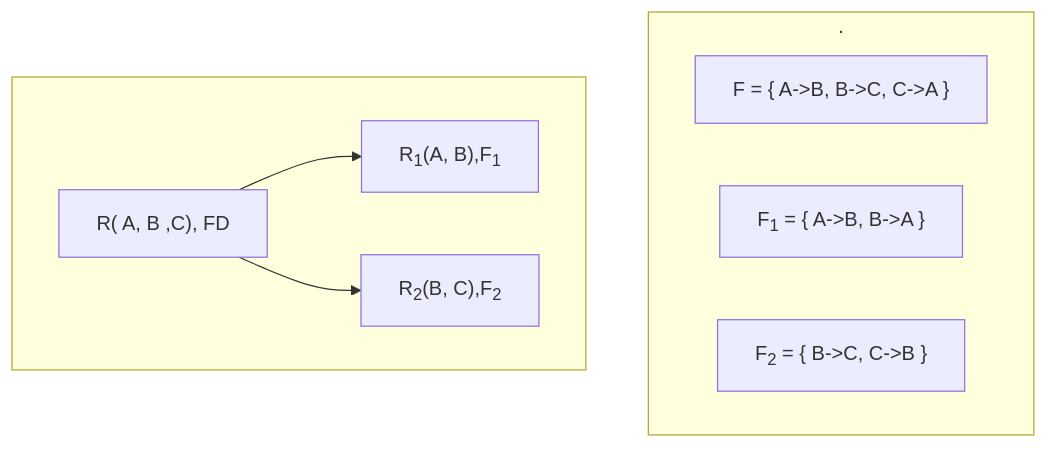
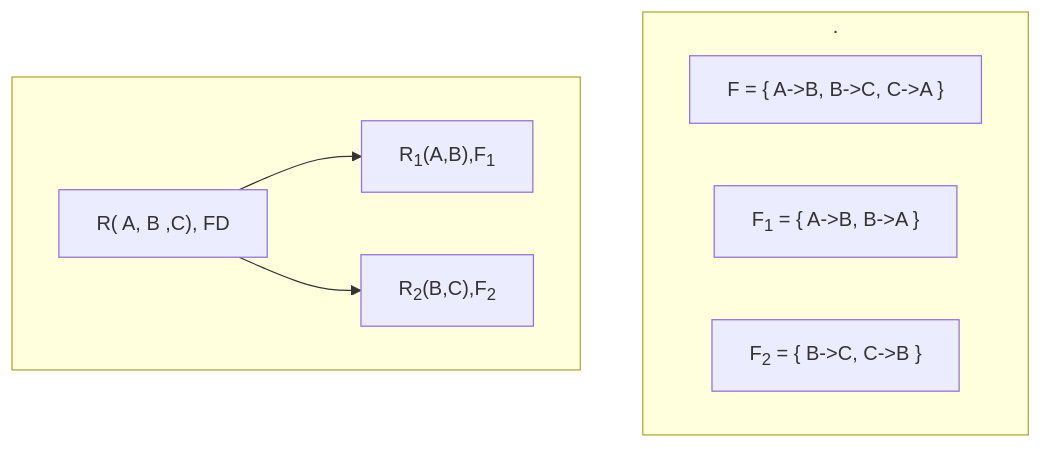
One commit to dibakash/IITM-DBMS changed the diagram in README.md. Above: the diagram before and after it, drawn with Mermaid.

Commit message:
corrected

````diff
--- a/README.md
+++ b/README.md
@@ -267,17 +267,17 @@
 ```mermaid
 flowchart TB
    R["R( A, B ,C), FD"]
-   R1["R<sub>1</sub>(A, B),F<sub>1</sub>"]
-   R2["R<sub>2</sub>(B, C),F<sub>2</sub>"]
+   R1["R<sub>1</sub>(A,B),F<sub>1</sub>"]
+   R2["R<sub>2</sub>(B,C),F<sub>2</sub>"]
 
    subgraph "."
    F["F = { A->B, B->C, C->A }"]
    F1["F<sub>1</sub> = { A->B, B->A }"]
    F2["F<sub>2</sub> = { B->C, C->B }"]
    end
 
    subgraph " "
    R --> R1
    R --> R2
    end
 ```
````
